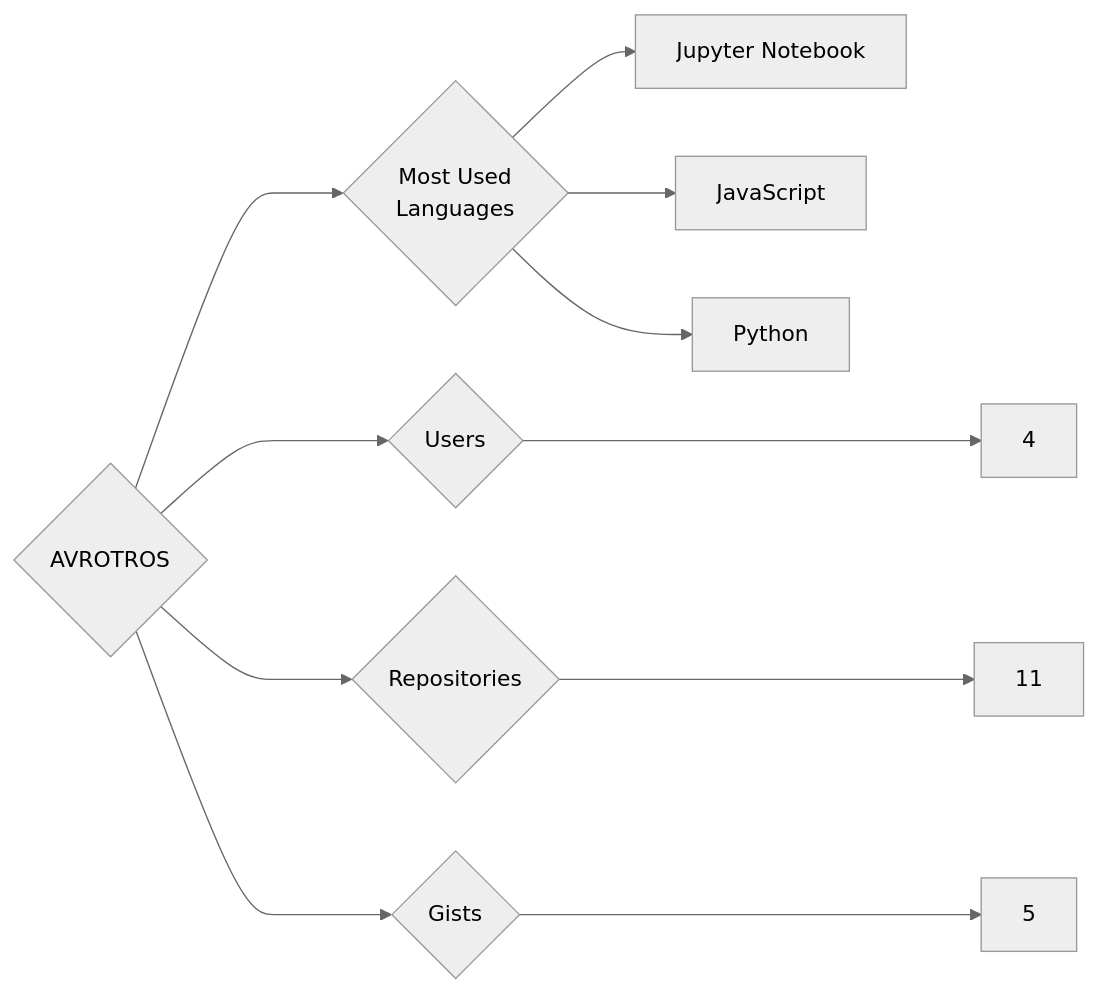
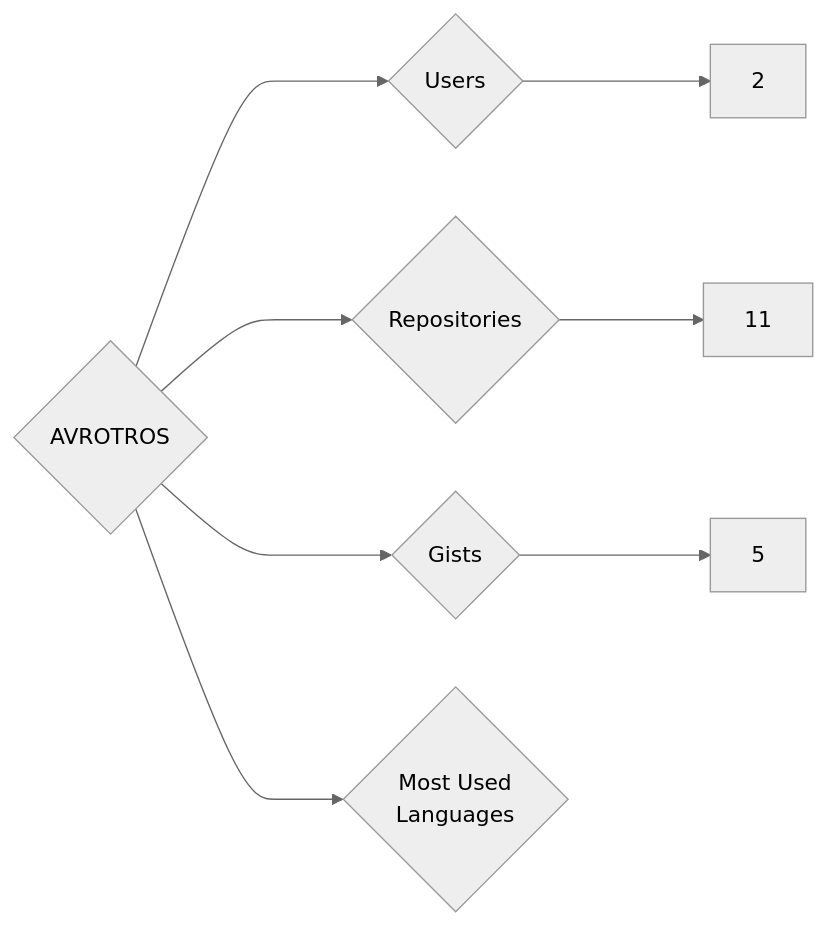
One commit to trickest/insiders changed the diagram in targets/AVROTROS/README.md. Above: the diagram before and after it, drawn with Mermaid (neutral theme). The commit also changed 888 other files, not shown here.

````diff
--- a/targets/AVROTROS/README.md
+++ b/targets/AVROTROS/README.md
@@ -3,11 +3,8 @@
 ```mermaid
 graph LR
 COMPANY_NAME{AVROTROS}
-COMPANY_NAME ---> U{Users} ---> UN[4]
+COMPANY_NAME ---> U{Users} ---> UN[2]
 COMPANY_NAME ---> R{Repositories} ---> RN[11]
 COMPANY_NAME ---> G{Gists} ---> GN[5]
 COMPANY_NAME ---> ML{Most Used<br>Languages}
-ML --> Jupyter_Notebook[Jupyter Notebook]
-ML --> JavaScript[JavaScript]
-ML --> Python[Python]
 ```
````
